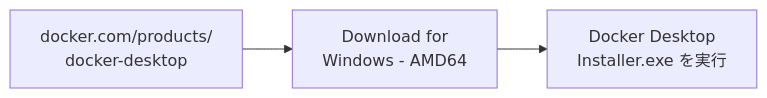
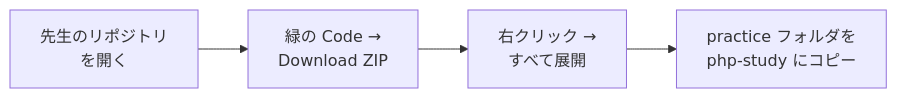
One commit to hakobunet/iica-koyama changed the third of 4 diagrams in docs/1年生_データ設計とアプリ開発/後期/20261008/20261008_資料_2.md. Above: the diagram before and after it, drawn with Mermaid. The commit also changed other lines of this file and 2 other files, not shown here.

````diff
--- a/docs/1年生_データ設計とアプリ開発/後期/20261008/20261008_資料_2.md
+++ b/docs/1年生_データ設計とアプリ開発/後期/20261008/20261008_資料_2.md
@@ -176,4 +53,5 @@
 ```mermaid
 graph LR
-    A[docker.com/products/<br>docker-desktop] --> B[Download for<br>Windows - AMD64] --> C[Docker Desktop<br>Installer.exe を実行]
+    A[先生のリポジトリ<br>を開く] --> B[緑の Code →<br>Download ZIP] --> C[右クリック →<br>すべて展開]
+    C --> D[practice フォルダを<br>php-study にコピー]
 ```
````
